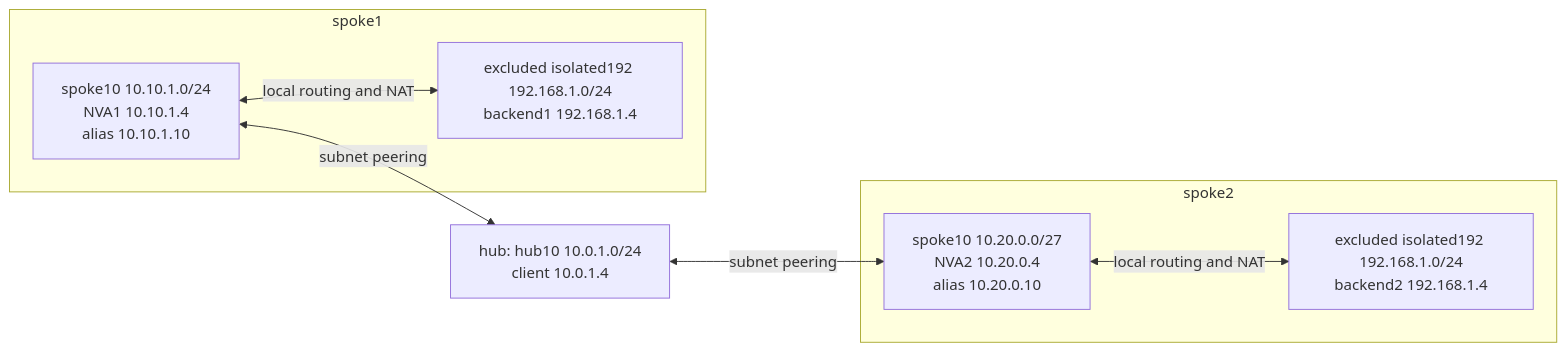
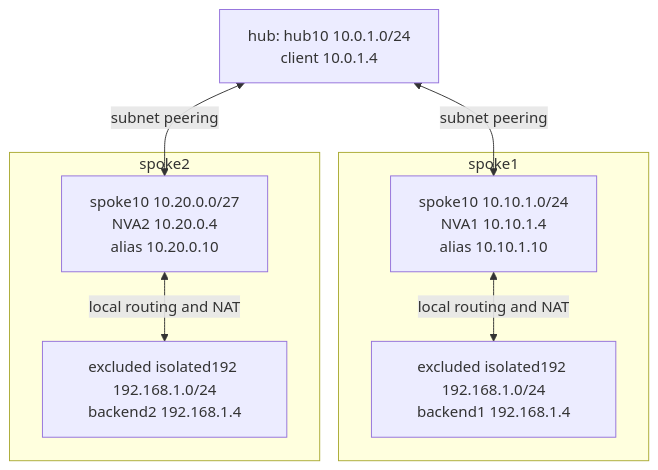
One commit to erjosito/azure-networking-blog changed the second of 2 diagrams in 2026-10-subnet-peering-overlapping-spokes/README.md. Above: the diagram before and after it, drawn with Mermaid.

Commit message:
post: improve inline subnet peering topology readability

Copilot-Session: 0929c51a-9eac-45bb-96b7-d54b1b5f926f

````diff
--- a/2026-10-subnet-peering-overlapping-spokes/README.md
+++ b/2026-10-subnet-peering-overlapping-spokes/README.md
@@ -39,16 +39,16 @@
 ```mermaid
-flowchart LR
+flowchart TB
   H["hub: hub10 10.0.1.0/24<br/>client 10.0.1.4"]
   subgraph S1["spoke1"]
     N1["spoke10 10.10.1.0/24<br/>NVA1 10.10.1.4<br/>alias 10.10.1.10"]
     B1["excluded isolated192 192.168.1.0/24<br/>backend1 192.168.1.4"]
     N1 <-->|local routing and NAT| B1
   end
   subgraph S2["spoke2"]
     N2["spoke10 10.20.0.0/27<br/>NVA2 10.20.0.4<br/>alias 10.20.0.10"]
     B2["excluded isolated192 192.168.1.0/24<br/>backend2 192.168.1.4"]
     N2 <-->|local routing and NAT| B2
   end
-  N1 <-->|subnet peering| H
+  H <-->|subnet peering| N1
   H <-->|subnet peering| N2
 ```
````
